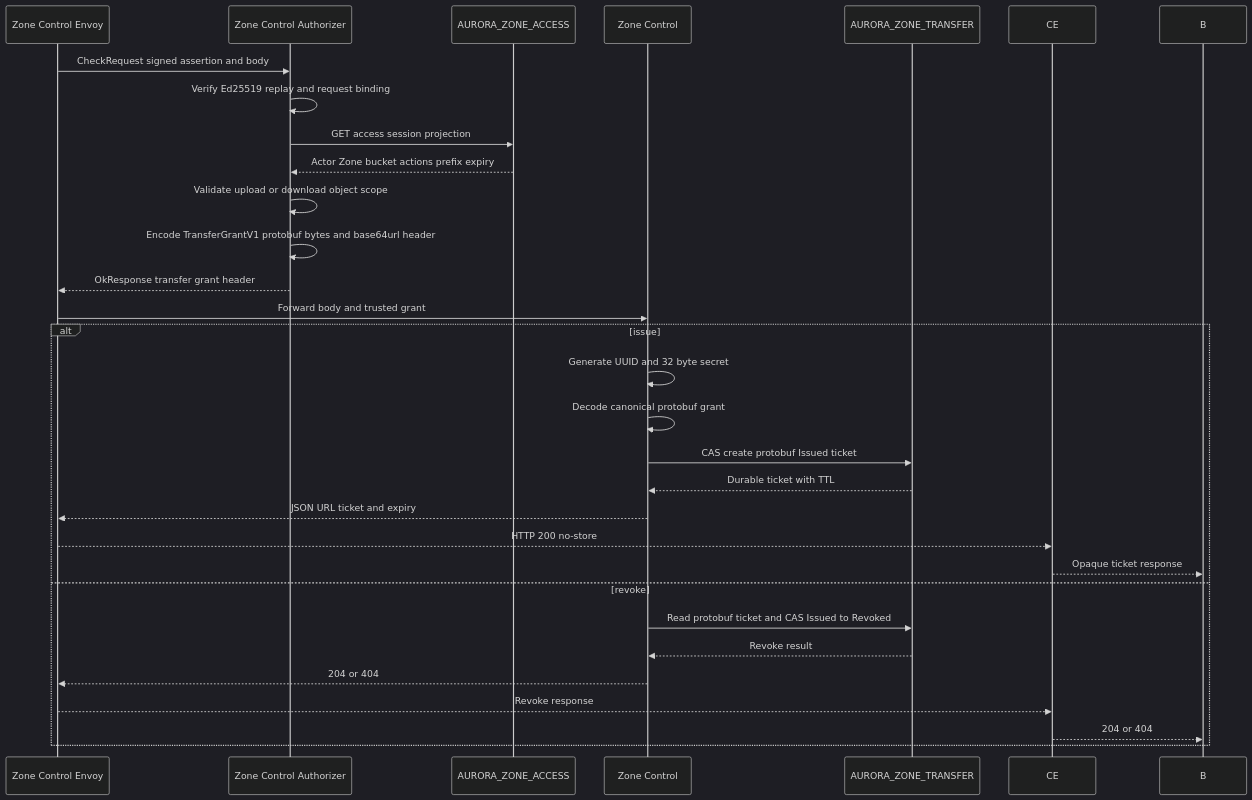
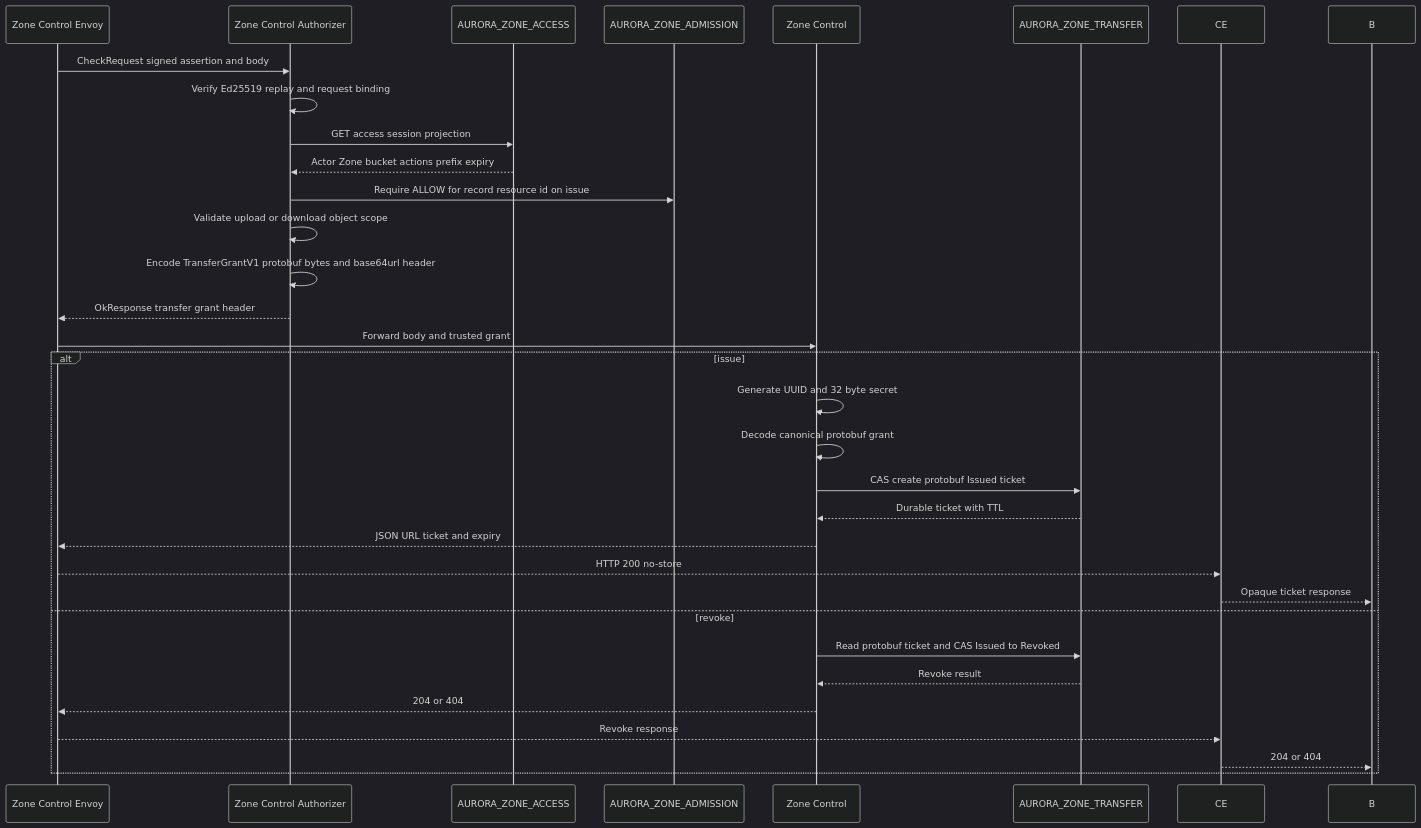
The second of 3 diagrams in god_view/storage/personal_storage_transfer_ticket_issue_god_view_workflow.md (phucle996/aurora), drawn with Mermaid (dark theme) before and after one commit. The commit also changed other lines of this file and 131 other files, not shown here.

````diff
--- a/god_view/storage/personal_storage_transfer_ticket_issue_god_view_workflow.md
+++ b/god_view/storage/personal_storage_transfer_ticket_issue_god_view_workflow.md
@@ -115,32 +117,34 @@
 ```mermaid
 sequenceDiagram
     participant ZE as Zone Control Envoy
     participant ZA as Zone Control Authorizer
     participant KV as AURORA_ZONE_ACCESS
+    participant AD as AURORA_ZONE_ADMISSION
     participant ZC as Zone Control
     participant TV as AURORA_ZONE_TRANSFER
 
     ZE->>ZA: CheckRequest signed assertion and body
     ZA->>ZA: Verify Ed25519 replay and request binding
     ZA->>KV: GET access session projection
     KV-->>ZA: Actor Zone bucket actions prefix expiry
+    ZA->>AD: Require ALLOW for record resource id on issue
     ZA->>ZA: Validate upload or download object scope
     ZA->>ZA: Encode TransferGrantV1 protobuf bytes and base64url header
     ZA-->>ZE: OkResponse transfer grant header
     ZE->>ZC: Forward body and trusted grant
     alt issue
         ZC->>ZC: Generate UUID and 32 byte secret
         ZC->>ZC: Decode canonical protobuf grant
         ZC->>TV: CAS create protobuf Issued ticket
         TV-->>ZC: Durable ticket with TTL
         ZC-->>ZE: JSON URL ticket and expiry
         ZE-->>CE: HTTP 200 no-store
         CE-->>B: Opaque ticket response
     else revoke
         ZC->>TV: Read protobuf ticket and CAS Issued to Revoked
         TV-->>ZC: Revoke result
         ZC-->>ZE: 204 or 404
         ZE-->>CE: Revoke response
         CE-->>B: 204 or 404
     end
 ```
````
